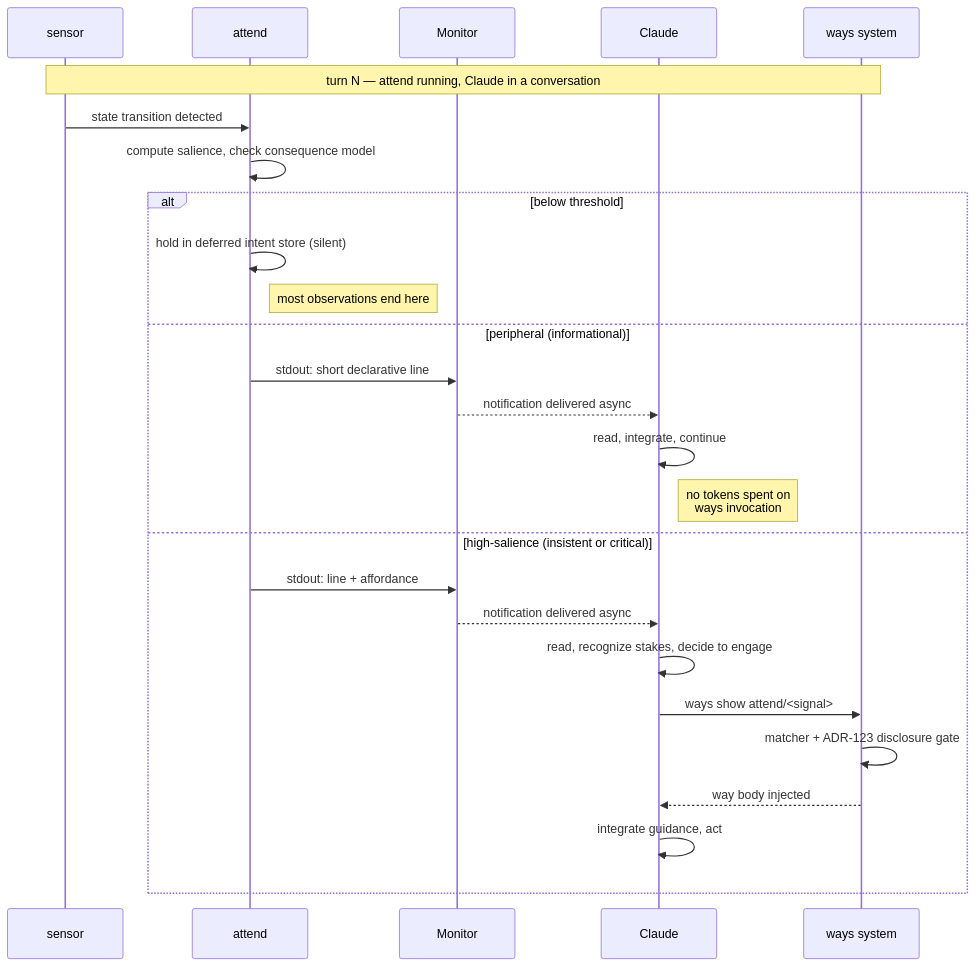
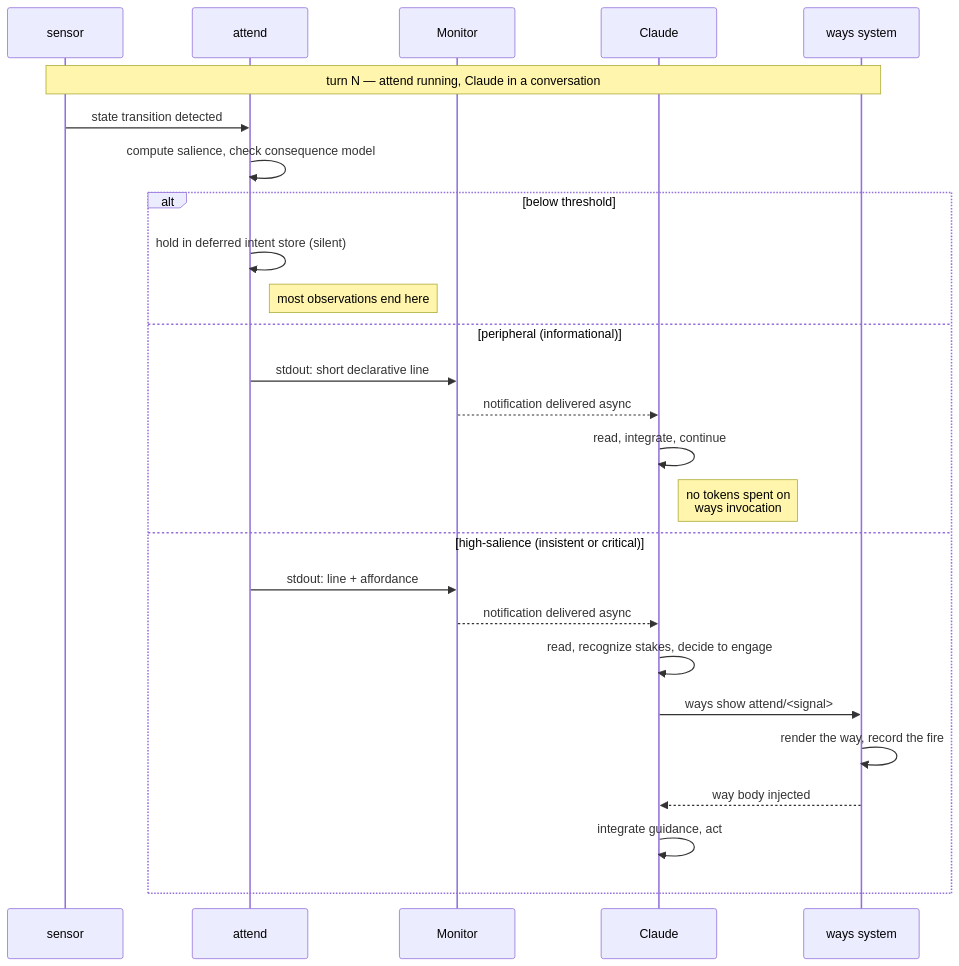
One commit to aaronsb/agent-ways changed the second of 3 diagrams in docs/cognitive-loop.md. Above: the diagram before and after it, drawn with Mermaid. The commit also changed other lines of this file and 7 other files, not shown here.

First line of the commit message:
docs(architecture): redraw the ways pipeline for the judge, late-interaction and per-agent state

````diff
--- a/docs/cognitive-loop.md
+++ b/docs/cognitive-loop.md
@@ -181,31 +182,31 @@
 ```mermaid
 sequenceDiagram
     participant S as sensor
     participant A as attend
     participant M as Monitor
     participant C as Claude
     participant W as ways system
 
     Note over S,W: turn N — attend running, Claude in a conversation
 
     S->>A: state transition detected
     A->>A: compute salience, check consequence model
 
     alt below threshold
         A->>A: hold in deferred intent store (silent)
         Note right of A: most observations end here
     else peripheral (informational)
         A->>M: stdout: short declarative line
         M-->>C: notification delivered async
         C->>C: read, integrate, continue
         Note right of C: no tokens spent on<br/>ways invocation
     else high-salience (insistent or critical)
         A->>M: stdout: line + affordance
         M-->>C: notification delivered async
         C->>C: read, recognize stakes, decide to engage
         C->>W: ways show attend/<signal>
-        W->>W: matcher + ADR-123 disclosure gate
+        W->>W: render the way, record the fire
         W-->>C: way body injected
         C->>C: integrate guidance, act
     end
 ```
````
